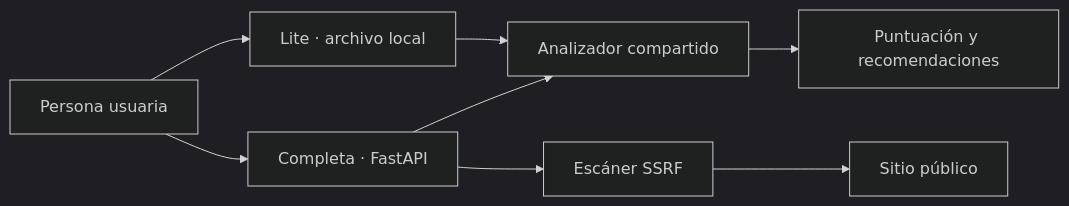
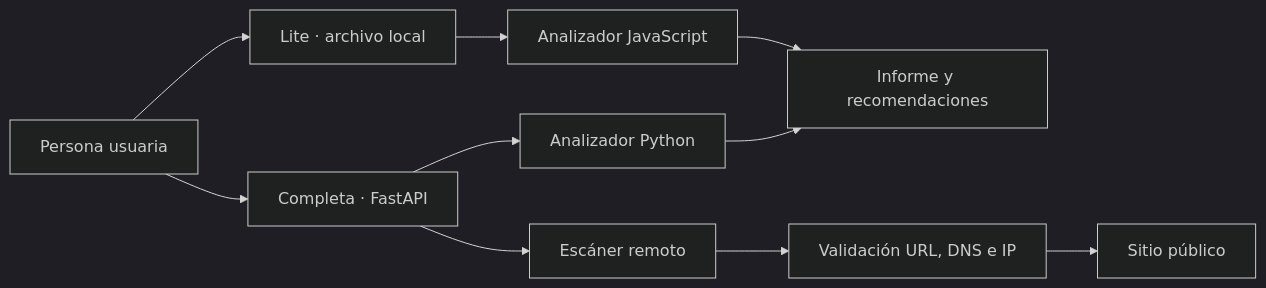
The first of 2 diagrams in docs/ARQUITECTURA.md (abyssnx/HeaderGuard), drawn with Mermaid (dark theme) before and after one commit. The commit also changed other lines of this file and 8 other files, not shown here.

````diff
--- a/docs/ARQUITECTURA.md
+++ b/docs/ARQUITECTURA.md
@@ -31,10 +7,12 @@
-```mermaid
+~~~mermaid
 flowchart LR
     U[Persona usuaria] --> L[Lite · archivo local]
     U --> F[Completa · FastAPI]
-    L --> A[Analizador compartido]
-    F --> A
-    F --> S[Escáner SSRF]
-    S --> W[Sitio público]
-    A --> R[Puntuación y recomendaciones]
-```
+    L --> J[Analizador JavaScript]
+    F --> P[Analizador Python]
+    F --> S[Escáner remoto]
+    S --> V[Validación URL, DNS e IP]
+    V --> W[Sitio público]
+    J --> R[Informe y recomendaciones]
+    P --> R
+~~~
````
